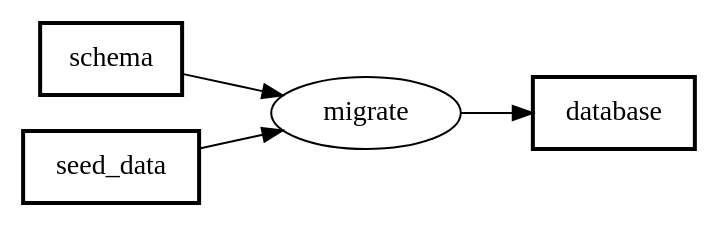
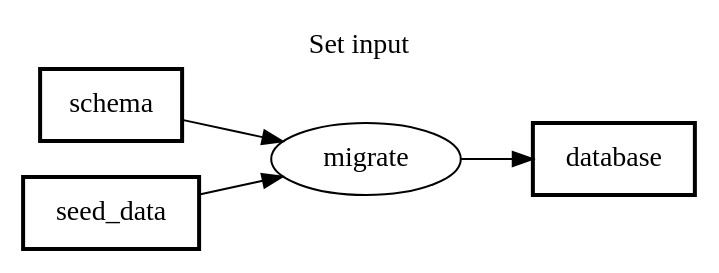
The third of 9 diagrams in docs/samples/README.md (takasek/pfdsl), drawn with Graphviz before and after one commit. The commit also changed other lines of this file and 27 other files, not shown here.

````diff
--- a/docs/samples/README.md
+++ b/docs/samples/README.md
@@ -87,15 +103,17 @@
 ```dot
 digraph PFDSL {
   rankdir=LR;
   newrank=true;
+  label="Set input";
+  labelloc="t";
 
   "database" [shape=box, label="database", penwidth="2"];
   "migrate" [shape=ellipse, label="migrate"];
   "schema" [shape=box, label="schema", penwidth="2"];
   "seed_data" [shape=box, label="seed_data", penwidth="2"];
 
   "schema" -> "migrate";
   "seed_data" -> "migrate";
   "migrate" -> "database";
 }
 ```
````
